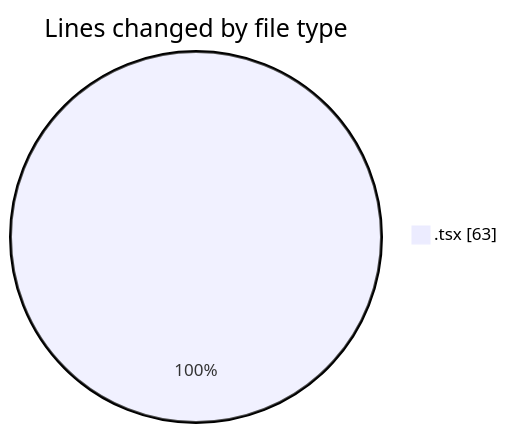
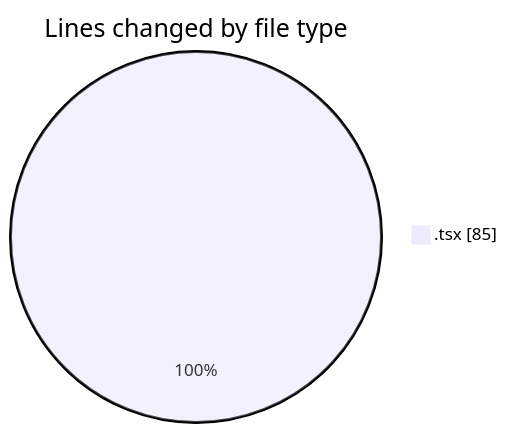
The first of 2 diagrams in 2025-10-17/eventscop-frontend-guide__workspace_/README.md (julien-gomy/code-tracking), drawn with Mermaid before and after one commit. The commit also changed other lines of this file and 1 other file, not shown here.

````diff
--- a/2025-10-17/eventscop-frontend-guide__workspace_/README.md
+++ b/2025-10-17/eventscop-frontend-guide__workspace_/README.md
@@ -20,5 +20,5 @@
 ```mermaid
 pie showData
 title Lines changed by file type
-".tsx" : 63
+".tsx" : 85
 ```
````
